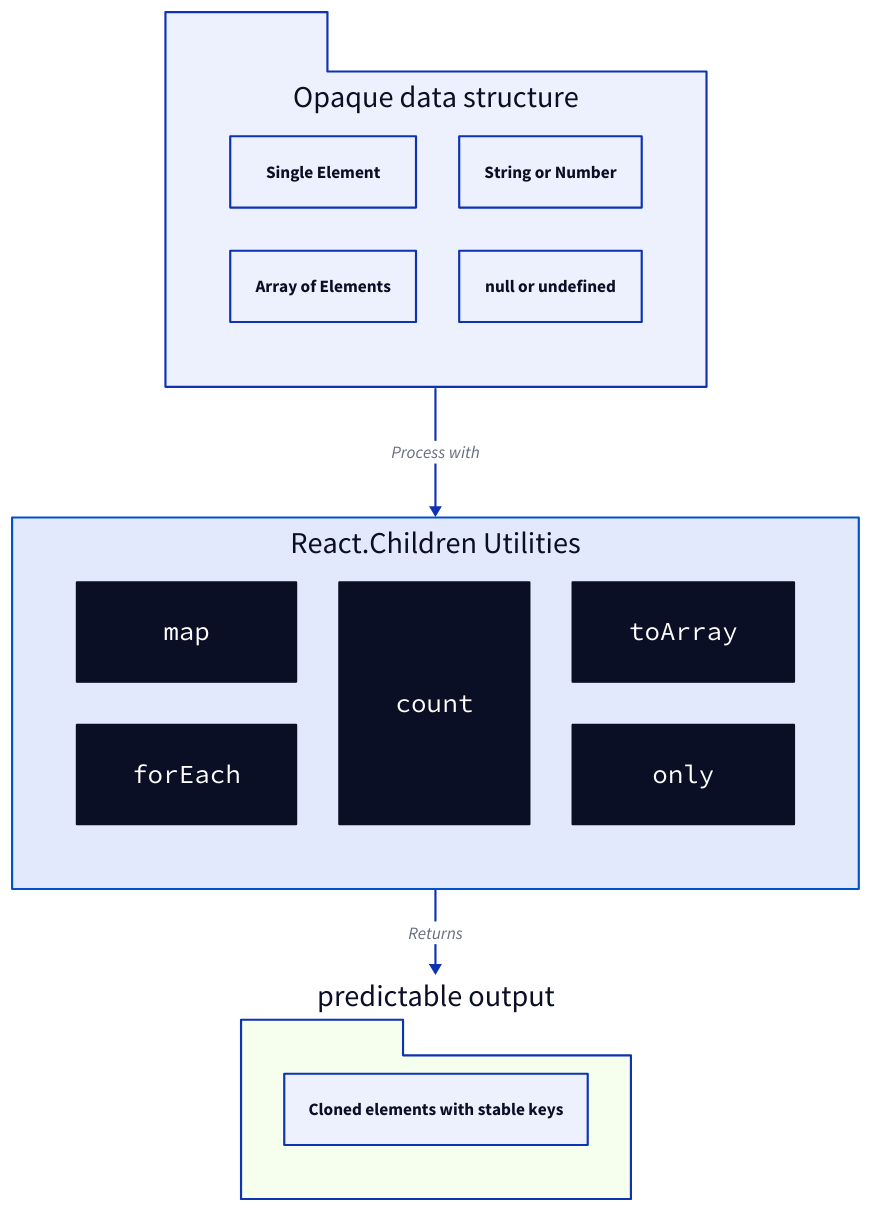
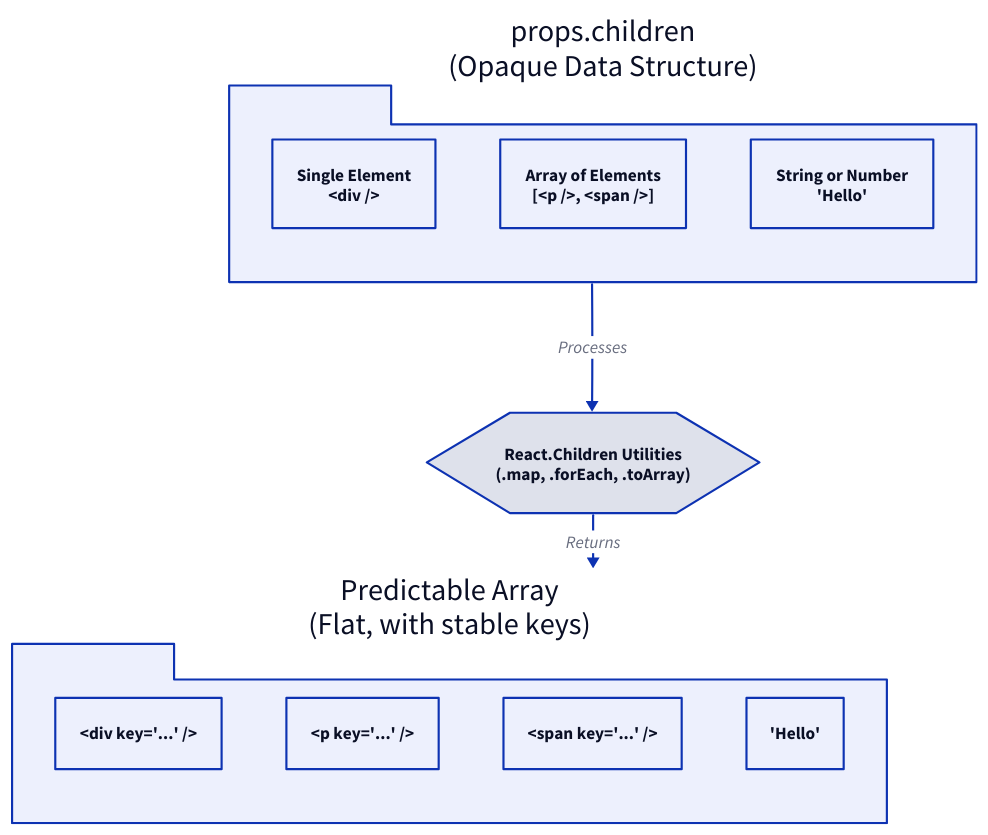
One commit to lban2049/react changed the diagram in packages/react/.aigne/doc-smith/docs/core-apis-children-utilities.md. Above: the diagram before and after it, drawn with D2. The commit also changed other lines of this file and 46 other files, not shown here.

````diff
--- a/packages/react/.aigne/doc-smith/docs/core-apis-children-utilities.md
+++ b/packages/react/.aigne/doc-smith/docs/core-apis-children-utilities.md
@@ -7,39 +7,51 @@
 ```d2
 direction: down
 
-"props.children": {
+props-children: {
+  label: "props.children\n(Opaque Data Structure)"
   shape: package
-  label: "Opaque data structure"
-  grid-columns: 2
 
-  "Single Element": { shape: rectangle }
-  "Array of Elements": { shape: rectangle }
-  "String or Number": { shape: rectangle }
-  "null or undefined": { shape: rectangle }
+  child-1: {
+    label: "Single Element\n<div />"
+    shape: rectangle
+  }
+  child-2: {
+    label: "Array of Elements\n[<p />, <span />]"
+    shape: rectangle
+  }
+  child-3: {
+    label: "String or Number\n'Hello'"
+    shape: rectangle
+  }
 }
 
-"React.Children Utilities": {
-  shape: rectangle
-  style: {
-    stroke: "#0052cc"
-  }
-  grid-columns: 3
-
-  "map": { shape: class }
-  "forEach": { shape: class }
-  "count": { shape: class }
-  "toArray": { shape: class }
-  "only": { shape: class }
+react-children-api: {
+  label: "React.Children Utilities\n(.map, .forEach, .toArray)"
+  shape: hexagon
 }
 
-"Transformed Children": {
+processed-array: {
+  label: "Predictable Array\n(Flat, with stable keys)"
   shape: package
-  label: " predictable output"
-  style.fill: "#f6ffed"
 
-  "Cloned elements with stable keys": { shape: rectangle }
+  element-1: {
+    label: "<div key='...' />"
+    shape: rectangle
+  }
+  element-2: {
+    label: "<p key='...' />"
+    shape: rectangle
+  }
+  element-3: {
+    label: "<span key='...' />"
+    shape: rectangle
+  }
+  element-4: {
+    label: "'Hello'"
+    shape: rectangle
+  }
 }
 
-"props.children" -> "React.Children Utilities": "Process with"
-"React.Children Utilities" -> "Transformed Children": "Returns"
+props-children -> react-children-api: "Processes"
+react-children-api -> processed-array: "Returns"
 ```
````
